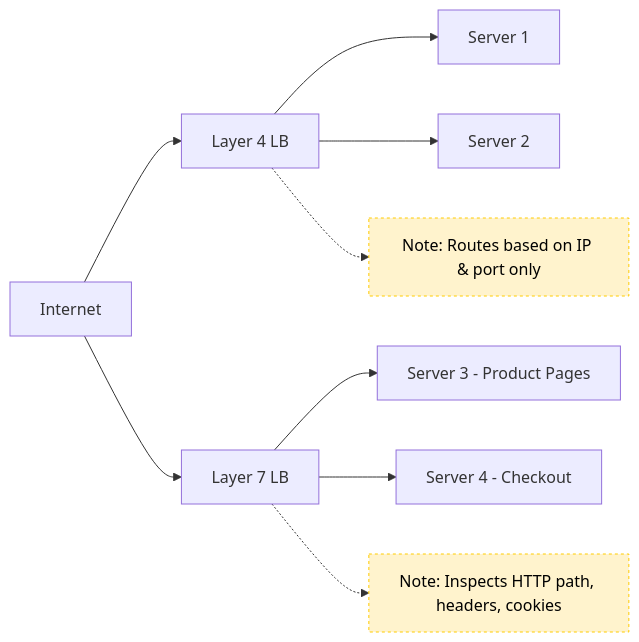
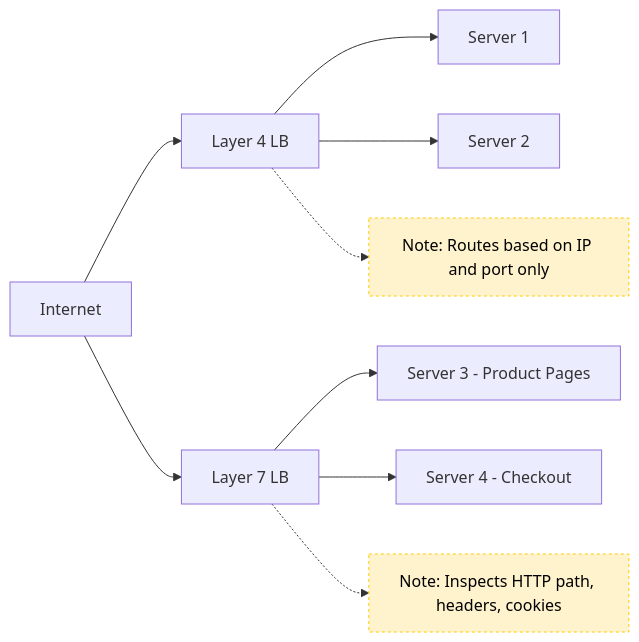
The eighth of 11 diagrams in System_Design/6 - Scalability in System Design.md (Charikshith/Learing_System_Design), drawn with Mermaid before and after one commit. The commit also changed other lines of this file and 41 other files, not shown here.

````diff
--- a/System_Design/6 - Scalability in System Design.md
+++ b/System_Design/6 - Scalability in System Design.md
@@ -488,18 +335,18 @@
 ```mermaid
 flowchart LR
     Internet[Internet] --> LB4["Layer 4 LB"]
     Internet --> LB7["Layer 7 LB"]
     LB4 --> S1[Server 1]
     LB4 --> S2[Server 2]
     LB7 --> S3["Server 3 - Product Pages"]
     LB7 --> S4["Server 4 - Checkout"]
 
-    N1["Note: Routes based on IP & port only"]
+    N1["Note: Routes based on IP and port only"]
     N2["Note: Inspects HTTP path, headers, cookies"]
 
     LB4 -.-> N1
     LB7 -.-> N2
 
     classDef note fill:#fff3cd,stroke:#ffcc00,color:#000,stroke-dasharray: 3 3;
     class N1,N2 note;
 ```
````
